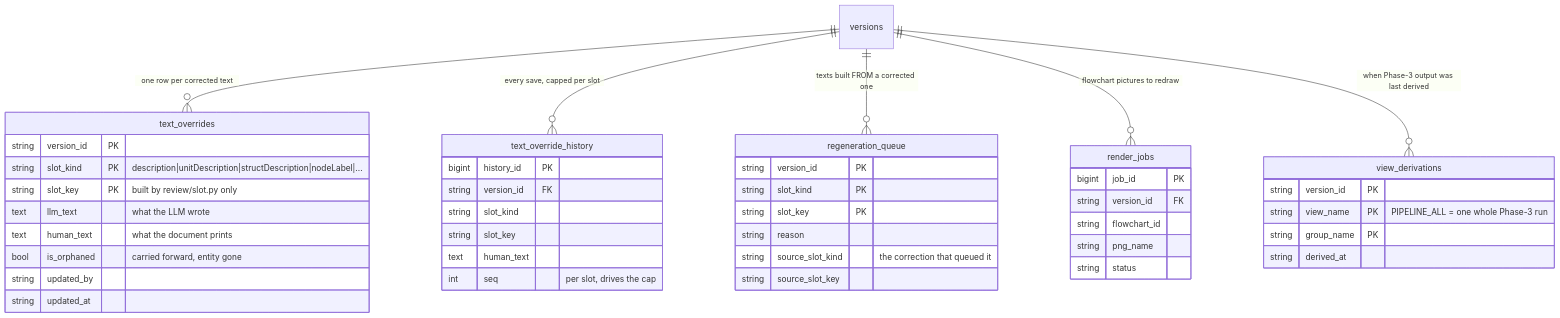
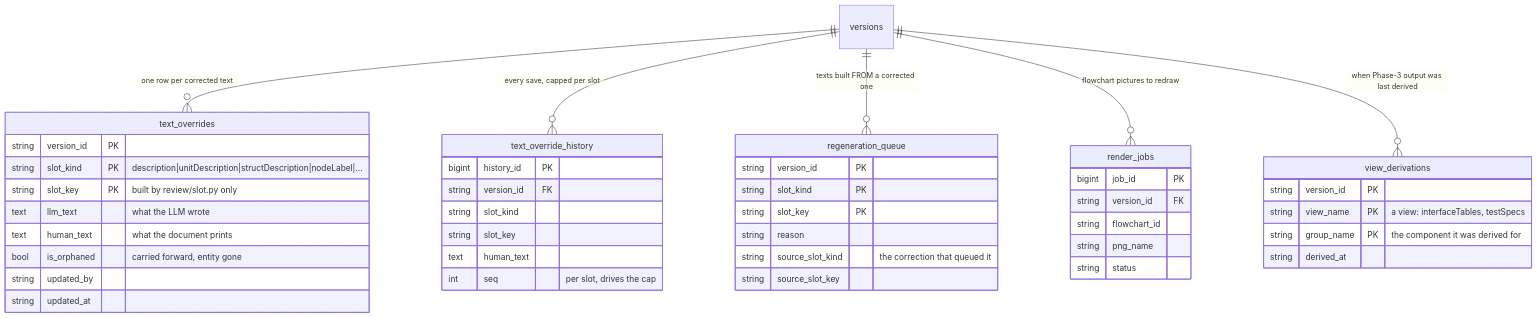
One commit to manojksarkar/analyzer changed the fourth of 4 diagrams in docs/design/DB_SCHEMA.md. Above: the diagram before and after it, drawn with Mermaid. The commit also changed other lines of this file and 11 other files, not shown here.

````diff
--- a/docs/design/DB_SCHEMA.md
+++ b/docs/design/DB_SCHEMA.md
@@ -196,48 +196,48 @@
 ```mermaid
 erDiagram
     versions ||--o{ text_overrides        : "one row per corrected text"
     versions ||--o{ text_override_history : "every save, capped per slot"
     versions ||--o{ regeneration_queue    : "texts built FROM a corrected one"
     versions ||--o{ render_jobs           : "flowchart pictures to redraw"
     versions ||--o{ view_derivations      : "when Phase-3 output was last derived"
 
     text_overrides {
         string version_id PK
         string slot_kind PK "description|unitDescription|structDescription|nodeLabel|..."
         string slot_key PK "built by review/slot.py only"
         text   llm_text "what the LLM wrote"
         text   human_text "what the document prints"
         bool   is_orphaned "carried forward, entity gone"
         string updated_by
         string updated_at
     }
     text_override_history {
         bigint history_id PK
         string version_id FK
         string slot_kind
         string slot_key
         text   human_text
         int    seq "per slot, drives the cap"
     }
     regeneration_queue {
         string version_id PK
         string slot_kind PK
         string slot_key PK
         string reason
         string source_slot_kind "the correction that queued it"
         string source_slot_key
     }
     render_jobs {
         bigint job_id PK
         string version_id FK
         string flowchart_id
         string png_name
         string status
     }
     view_derivations {
         string version_id PK
-        string view_name PK "PIPELINE_ALL = one whole Phase-3 run"
-        string group_name PK
+        string view_name PK "a view: interfaceTables, testSpecs"
+        string group_name PK "the component it was derived for"
         string derived_at
     }
 ```
````
